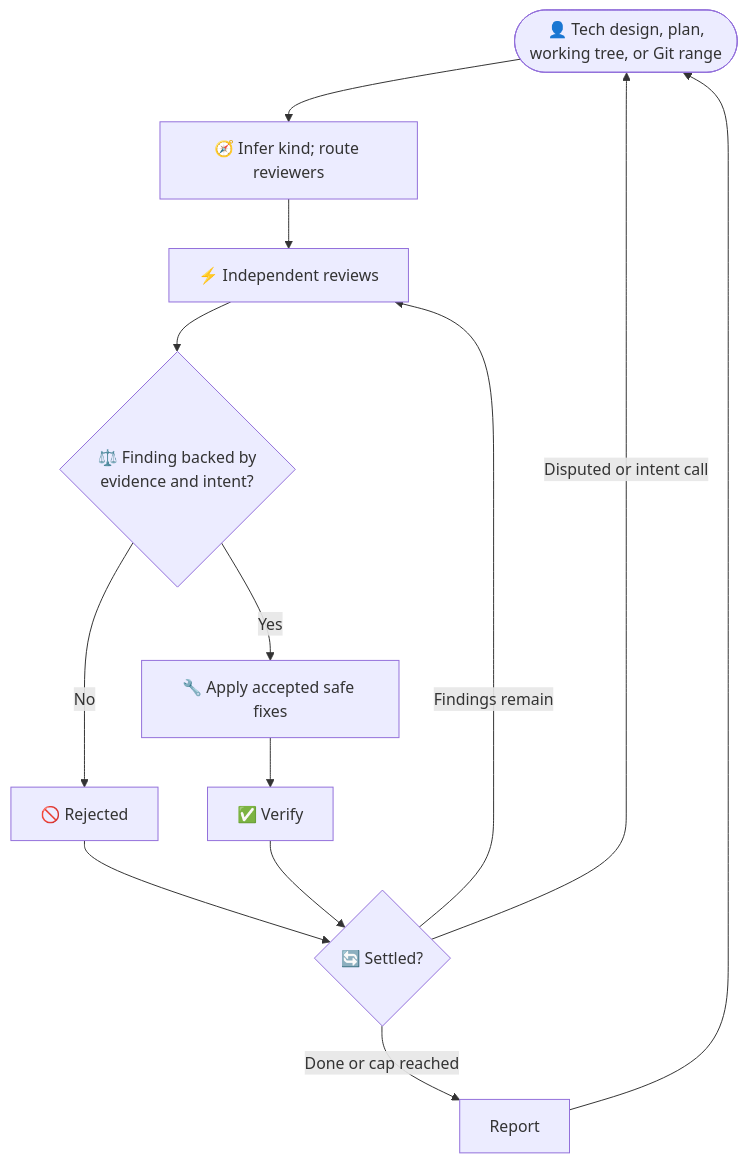
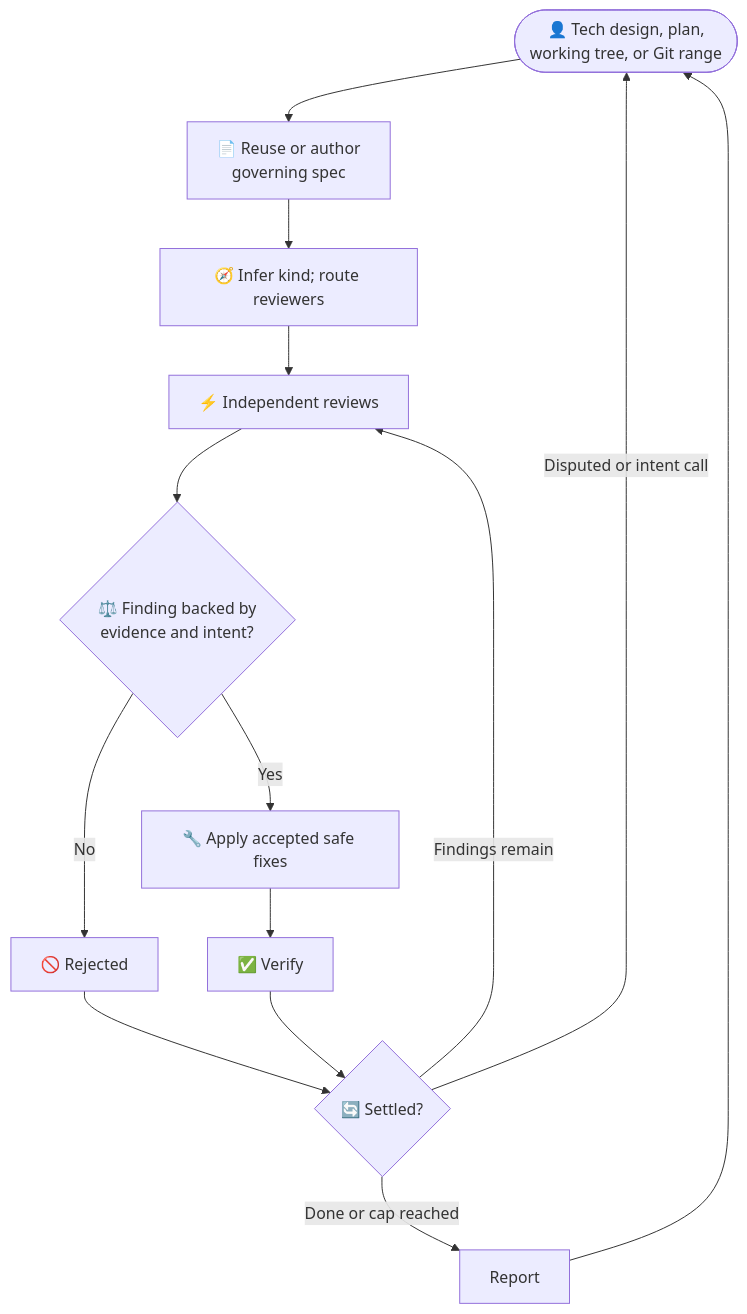
Before and after one commit to Gyunikuchan/dispatch-skills: the diagram in skills/dispatch/references/readme/review.md, drawn with Mermaid. The commit also changed other lines of this file and 66 other files, not shown here.

````diff
--- a/skills/dispatch/references/readme/review.md
+++ b/skills/dispatch/references/readme/review.md
@@ -11,15 +15,16 @@
 ```mermaid
 flowchart TD
-    User(["👤 Tech design, plan,<br/>working tree, or Git range"]) --> Route["🧭 Infer kind; route reviewers"]
+    User(["👤 Tech design, plan,<br/>working tree, or Git range"]) --> Spec["📄 Reuse or author<br/>governing spec"]
+    Spec --> Route["🧭 Infer kind; route reviewers"]
     Route --> Review["⚡ Independent reviews"]
     Review --> Rule{"⚖️ Finding backed by<br/>evidence and intent?"}
     Rule -->|No| Reject["🚫 Rejected"]
     Rule -->|Yes| Apply["🔧 Apply accepted safe fixes"]
     Reject --> Settled
     Apply --> Verify["✅ Verify"]
     Verify --> Settled{"🔄 Settled?"}
     Settled -->|Findings remain| Review
     Settled -->|Done or cap reached| Report
     Settled -->|Disputed or intent call| User
     Report --> User
 ```
````
